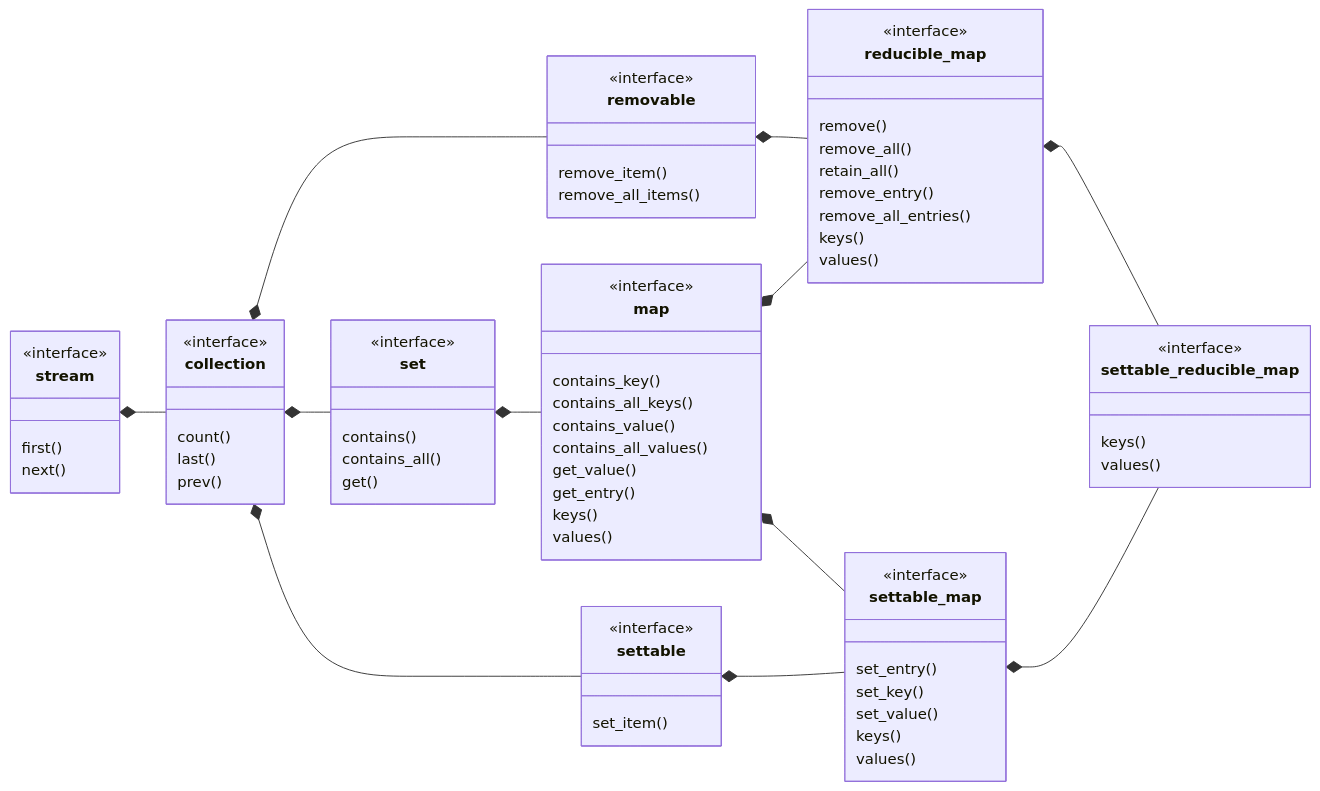
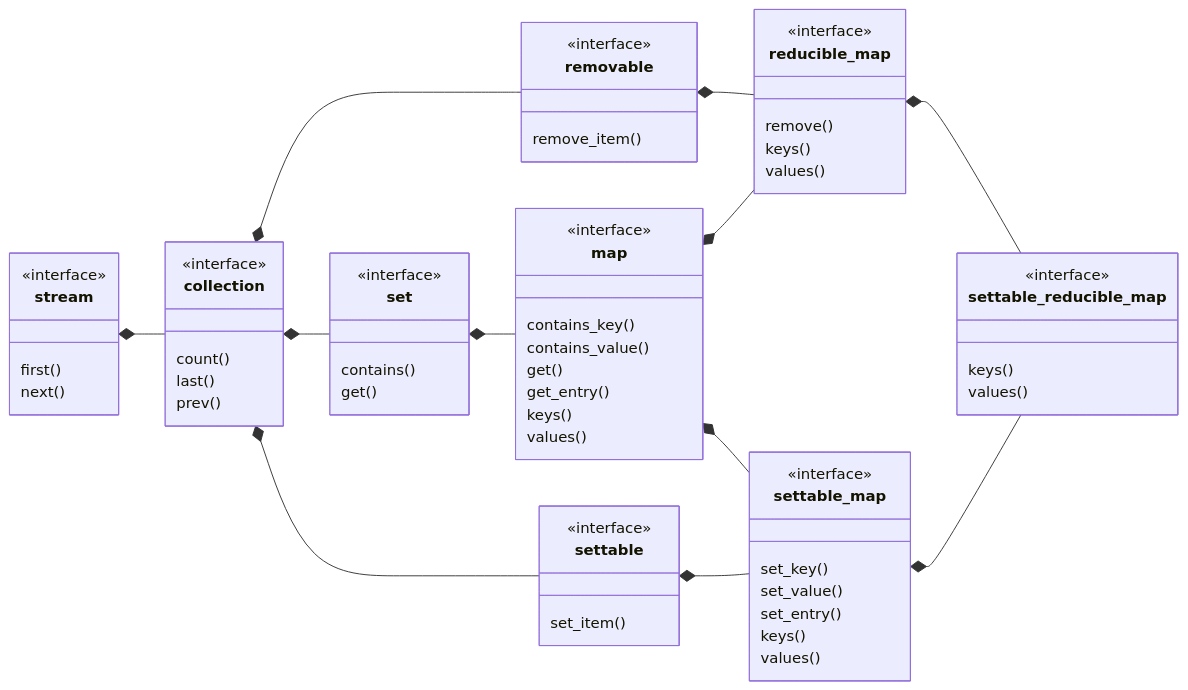
One commit to pretore/aquarium-butterflyfish changed the diagram in doc/settable_reducible_map.md. Above: the diagram before and after it, drawn with Mermaid. The commit also changed 387 other files, not shown here.

````diff
--- a/doc/settable_reducible_map.md
+++ b/doc/settable_reducible_map.md
@@ -3,75 +3,67 @@
 ```mermaid
 classDiagram
     direction LR
     class stream {
         first()
         next()
     }
     <<interface>> stream
     class collection {
         count()
         last()
         prev()
     }
     <<interface>> collection
     stream *-- collection
     class set {
         contains()
-        contains_all()
         get()
     }
     <<interface>> set
     collection *-- set
     class removable {
         remove_item()
-        remove_all_items()
     }
     <<interface>> removable
     collection *-- removable
     class settable {
         set_item()
     }
     <<interface>> settable
     collection *-- settable
     class map {
         contains_key()
-        contains_all_keys()
         contains_value()
-        contains_all_values()
-        get_value()
+        get()
         get_entry()
         keys()
         values()
     }
     <<interface>> map
     set *-- map
     class reducible_map {
         remove()
-        remove_all()
-        retain_all()
-        remove_entry()
-        remove_all_entries()
         keys()
         values()
     }
     <<interface>> reducible_map
     removable *-- reducible_map
     map *-- reducible_map
     class settable_map {
-        set_entry()
         set_key()
         set_value()
+        set_entry()
         keys()
         values()
     }
     <<interface>> settable_map
     map *-- settable_map
     settable *-- settable_map
     class settable_reducible_map {
         keys()
         values()
     }
     <<interface>> settable_reducible_map
     reducible_map *-- settable_reducible_map
     settable_map *-- settable_reducible_map
 ```
````
